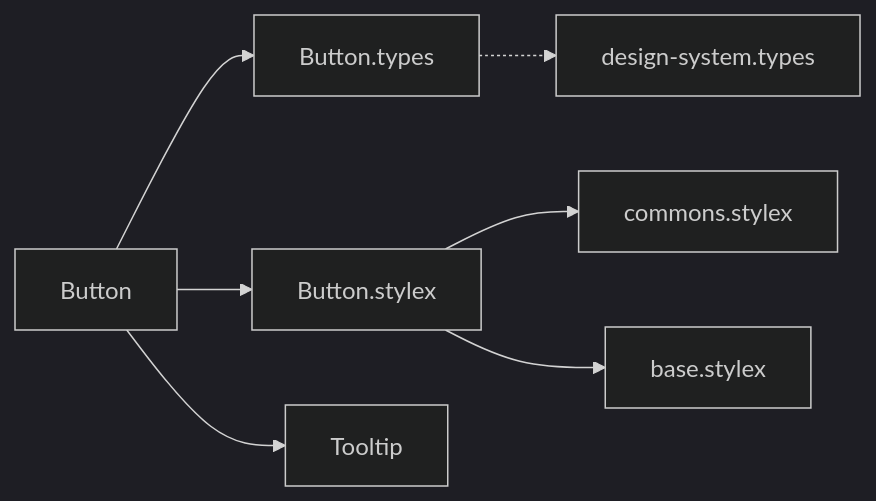
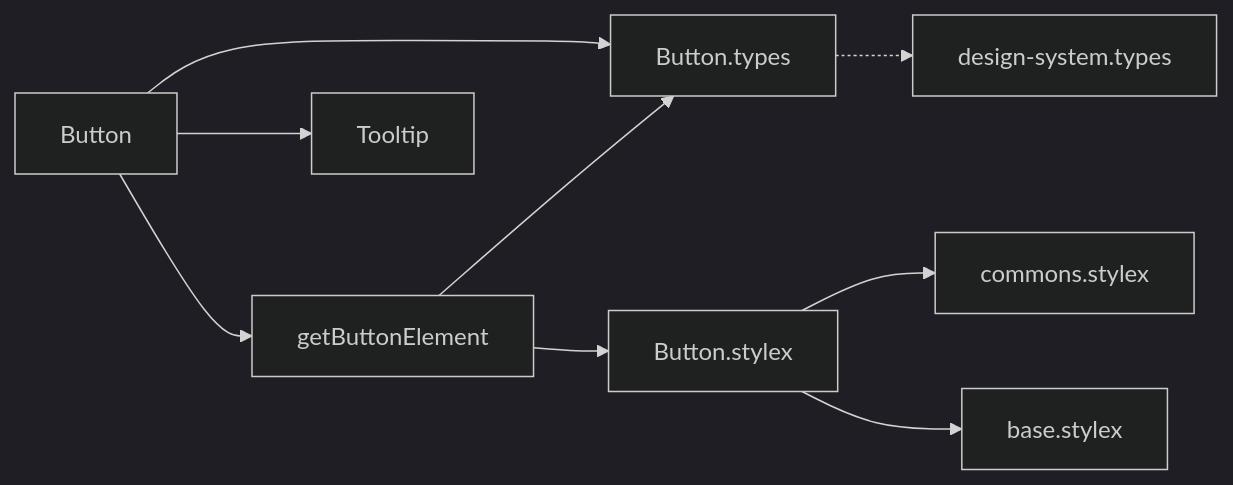
The first of 3 diagrams in packages/ui/src/components/Button/ARCHITECTURE.md (luciocabrera/lcabrera-stack), drawn with Mermaid (dark theme) before and after one commit. The commit also changed other lines of this file and 6 other files, not shown here.

````diff
--- a/packages/ui/src/components/Button/ARCHITECTURE.md
+++ b/packages/ui/src/components/Button/ARCHITECTURE.md
@@ -15,11 +25,14 @@
 ```mermaid
 graph LR
   Button --> Button.types
-  Button --> Button.stylex
+  Button --> getButtonElement
   Button --> Tooltip
+
+  getButtonElement --> Button.stylex
+  getButtonElement --> Button.types
 
   Button.types -.-> design-system.types
 
   Button.stylex --> commons.stylex
   Button.stylex --> base.stylex
 ```
````
